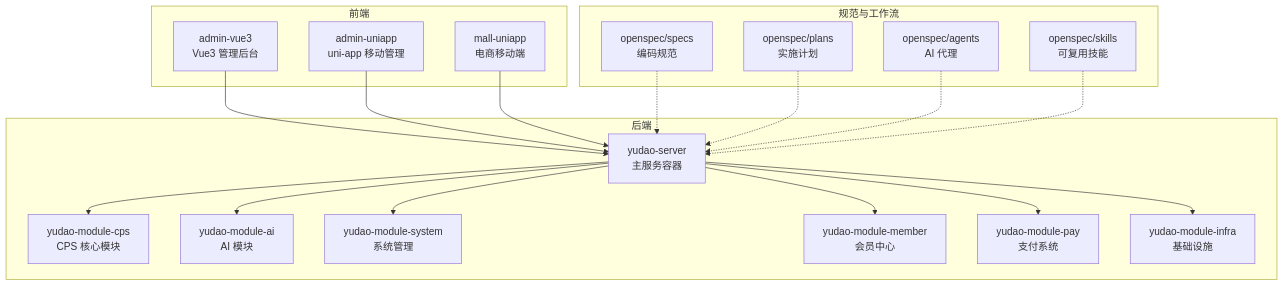
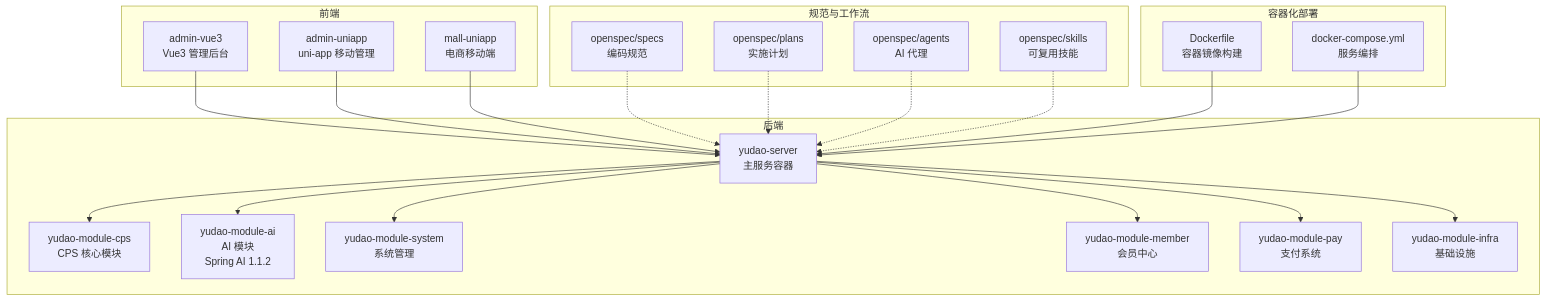
The first of 9 diagrams in .qoder/repowiki/zh/content/项目概述/三大核心技术理念/AI 自主编程/AI 自主编程.md (zhuangpengLI/AgenticCPS), drawn with Mermaid before and after one commit. The commit also changed other lines of this file and 21 other files, not shown here.

````diff
--- a/.qoder/repowiki/zh/content/项目概述/三大核心技术理念/AI 自主编程/AI 自主编程.md
+++ b/.qoder/repowiki/zh/content/项目概述/三大核心技术理念/AI 自主编程/AI 自主编程.md
@@ -32,36 +45,42 @@
 ```mermaid
 graph TB
 subgraph "后端"
 A["yudao-server<br/>主服务容器"]
 B["yudao-module-cps<br/>CPS 核心模块"]
-C["yudao-module-ai<br/>AI 模块"]
+C["yudao-module-ai<br/>AI 模块<br/>Spring AI 1.1.2"]
 D["yudao-module-system<br/>系统管理"]
 E["yudao-module-member<br/>会员中心"]
 F["yudao-module-pay<br/>支付系统"]
 G["yudao-module-infra<br/>基础设施"]
 end
 subgraph "前端"
 H["admin-vue3<br/>Vue3 管理后台"]
 I["admin-uniapp<br/>uni-app 移动管理"]
 J["mall-uniapp<br/>电商移动端"]
 end
 subgraph "规范与工作流"
 K["openspec/specs<br/>编码规范"]
 L["openspec/plans<br/>实施计划"]
 M["openspec/agents<br/>AI 代理"]
 N["openspec/skills<br/>可复用技能"]
 end
+subgraph "容器化部署"
+O["Dockerfile<br/>容器镜像构建"]
+P["docker-compose.yml<br/>服务编排"]
+end
 A --> B
 A --> C
 A --> D
 A --> E
 A --> F
 A --> G
 H --> A
 I --> A
 J --> A
 K -.-> A
 L -.-> A
 M -.-> A
 N -.-> A
+O --> A
+P --> A
 ```
````
